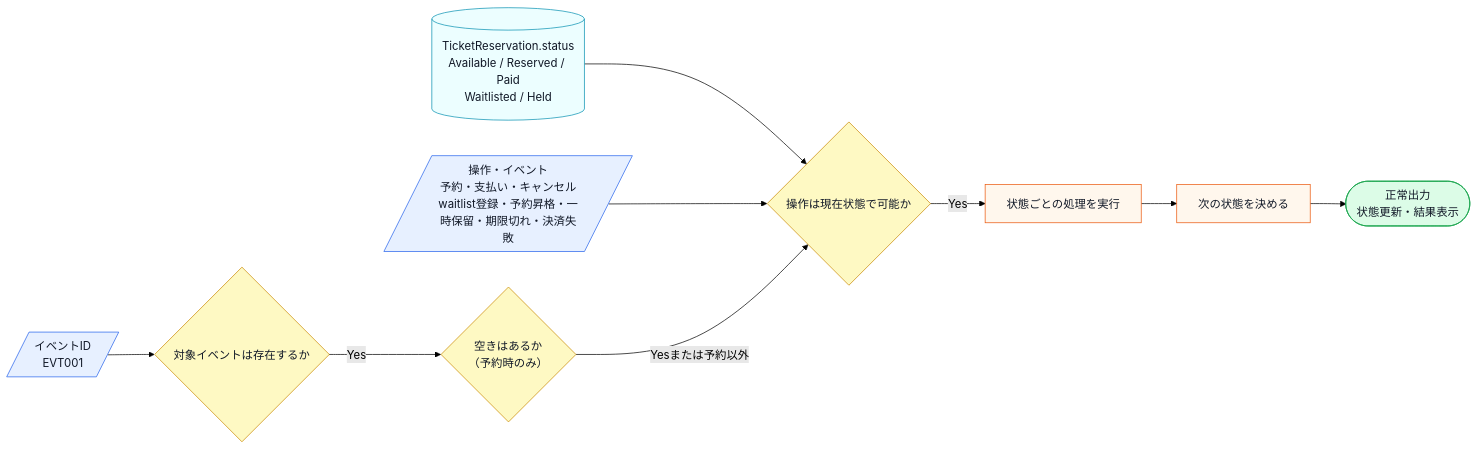
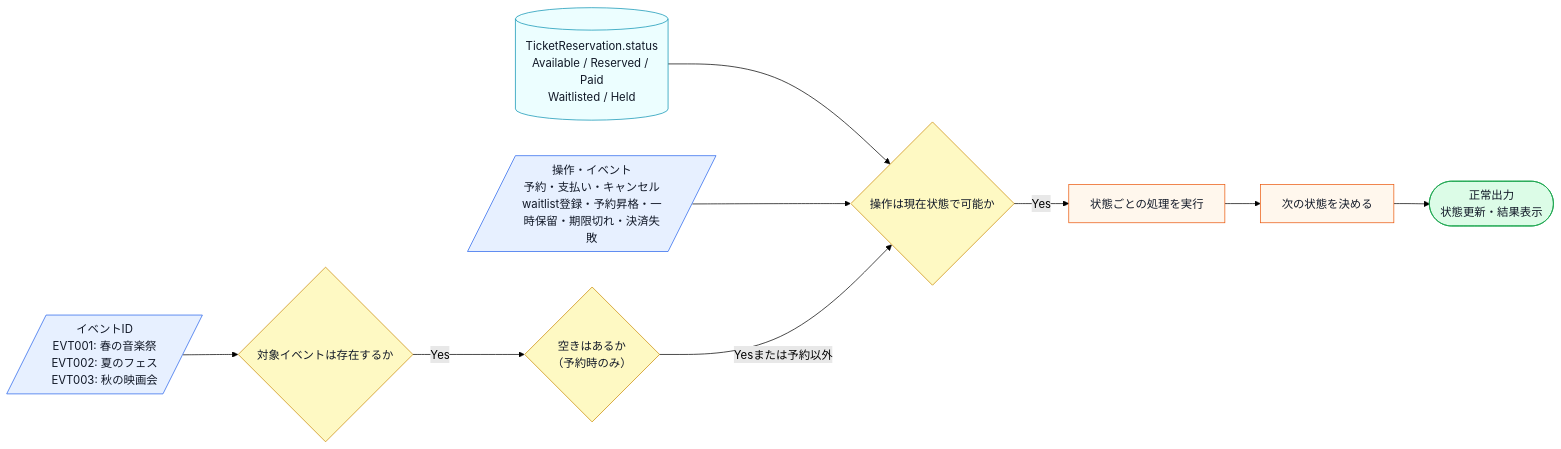
Before and after one commit to kumachan1101-pixel/DesignPattern: the seventh of 13 diagrams in kindle/design-patterns/output/chapter03.md, drawn with Mermaid (forest theme). The commit also changed other lines of this file and 1 other file, not shown here.

````diff
--- a/kindle/design-patterns/output/chapter03.md
+++ b/kindle/design-patterns/output/chapter03.md
@@ -525,17 +544,17 @@
 ```mermaid
 flowchart LR
     A[(TicketReservation.status<br>Available / Reserved / Paid<br>Waitlisted / Held)]:::data --> B{操作は現在状態で可能か}:::decision
     C[/操作・イベント<br>予約・支払い・キャンセル<br>waitlist登録・予約昇格・一時保留・期限切れ・決済失敗/]:::input --> B
-    D[/イベントID<br>EVT001/]:::input --> E{対象イベントは存在するか}:::decision
+    D[/イベントID<br>EVT001: 春の音楽祭<br>EVT002: 夏のフェス<br>EVT003: 秋の映画会/]:::input --> E{対象イベントは存在するか}:::decision
     E -->|Yes| K{空きはあるか<br>（予約時のみ）}:::decision
     K -->|Yesまたは予約以外| B
     B -->|Yes| F[状態ごとの処理を実行]:::process
     F --> G[次の状態を決める]:::process
     G --> H([正常出力<br>状態更新・結果表示]):::normal
 
     classDef data fill:#ecfeff,stroke:#0891b2,color:#111827;
     classDef input fill:#e7f0ff,stroke:#2563eb,color:#111827;
     classDef process fill:#fff7ed,stroke:#ea580c,color:#111827;
     classDef decision fill:#fef9c3,stroke:#ca8a04,color:#111827;
     classDef normal fill:#dcfce7,stroke:#16a34a,color:#111827;
 ```
````
